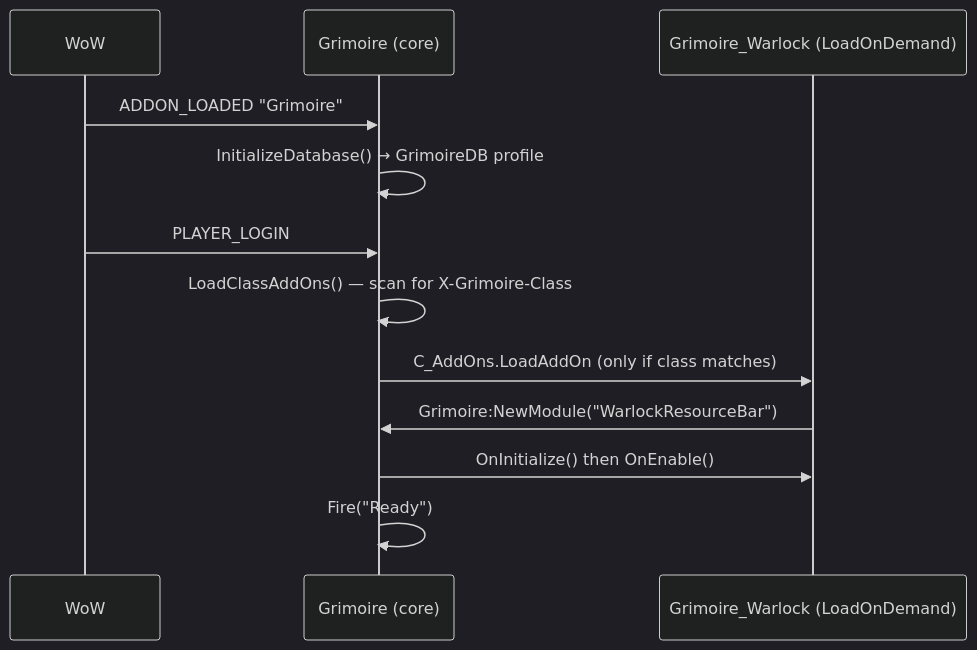
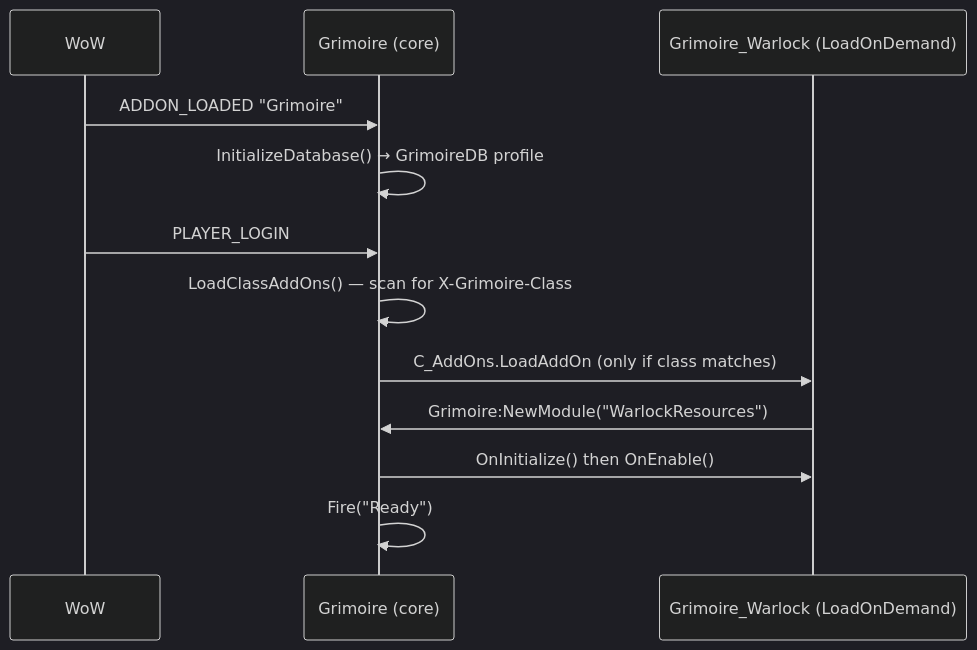
Before and after one commit to PhillypHenning/grimoire: the second of 4 diagrams in docs/features/core/README.md, drawn with Mermaid (dark theme). The commit also changed other lines of this file and 19 other files, not shown here.

````diff
--- a/docs/features/core/README.md
+++ b/docs/features/core/README.md
@@ -36,14 +36,14 @@
 ```mermaid
 sequenceDiagram
     participant WoW
     participant Core as Grimoire (core)
     participant Class as Grimoire_Warlock (LoadOnDemand)
     WoW->>Core: ADDON_LOADED "Grimoire"
     Core->>Core: InitializeDatabase() → GrimoireDB profile
     WoW->>Core: PLAYER_LOGIN
     Core->>Core: LoadClassAddOns() — scan for X-Grimoire-Class
     Core->>Class: C_AddOns.LoadAddOn (only if class matches)
-    Class->>Core: Grimoire:NewModule("WarlockResourceBar")
+    Class->>Core: Grimoire:NewModule("WarlockResources")
     Core->>Class: OnInitialize() then OnEnable()
     Core->>Core: Fire("Ready")
 ```
````
